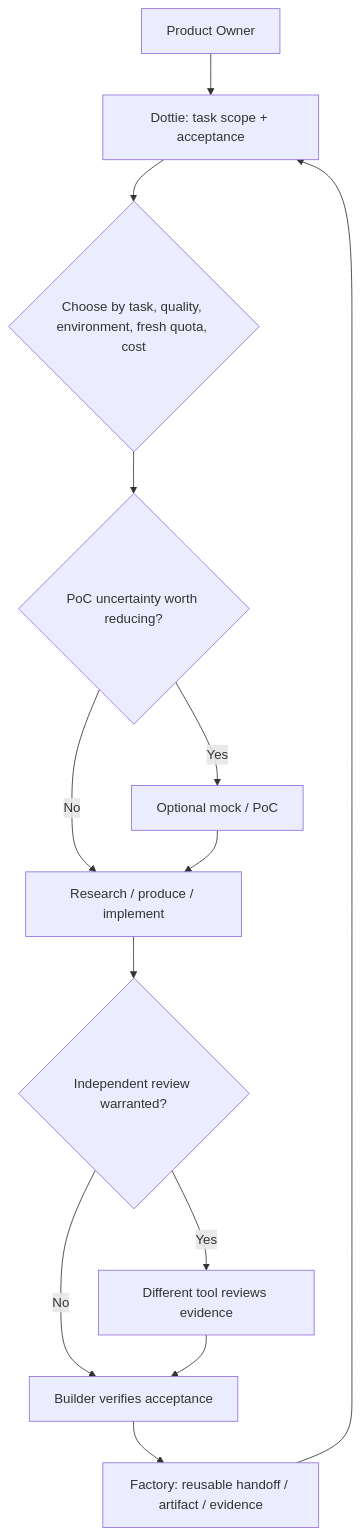
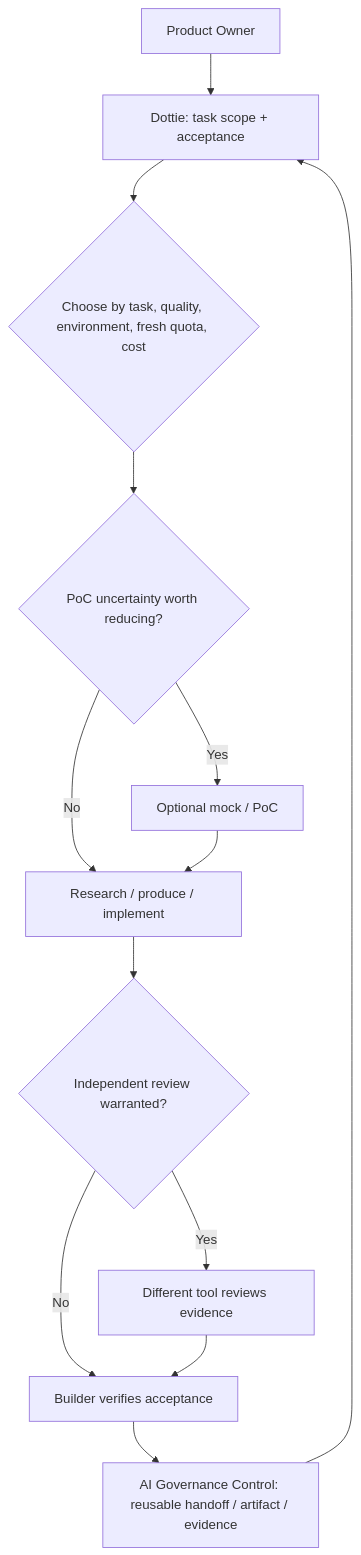
The diagram in docs/routing-guide.md (moruku36/multi-ai-workflow), drawn with Mermaid before and after one commit. The commit also changed other lines of this file and 22 other files, not shown here.

Commit message:
docs: use AI Governance Control display name

````diff
--- a/docs/routing-guide.md
+++ b/docs/routing-guide.md
@@ -67,15 +67,15 @@
 ```mermaid
 flowchart TD
     U["Product Owner"] --> D["Dottie: task scope + acceptance"]
     D --> C{"Choose by task, quality, environment, fresh quota, cost"}
     C --> P{"PoC uncertainty worth reducing?"}
     P -->|Yes| M["Optional mock / PoC"]
     P -->|No| I["Research / produce / implement"]
     M --> I
     I --> V{"Independent review warranted?"}
     V -->|Yes| R["Different tool reviews evidence"]
     V -->|No| E["Builder verifies acceptance"]
     R --> E
-    E --> F["Factory: reusable handoff / artifact / evidence"]
+    E --> F["AI Governance Control: reusable handoff / artifact / evidence"]
     F --> D
 ```
````
